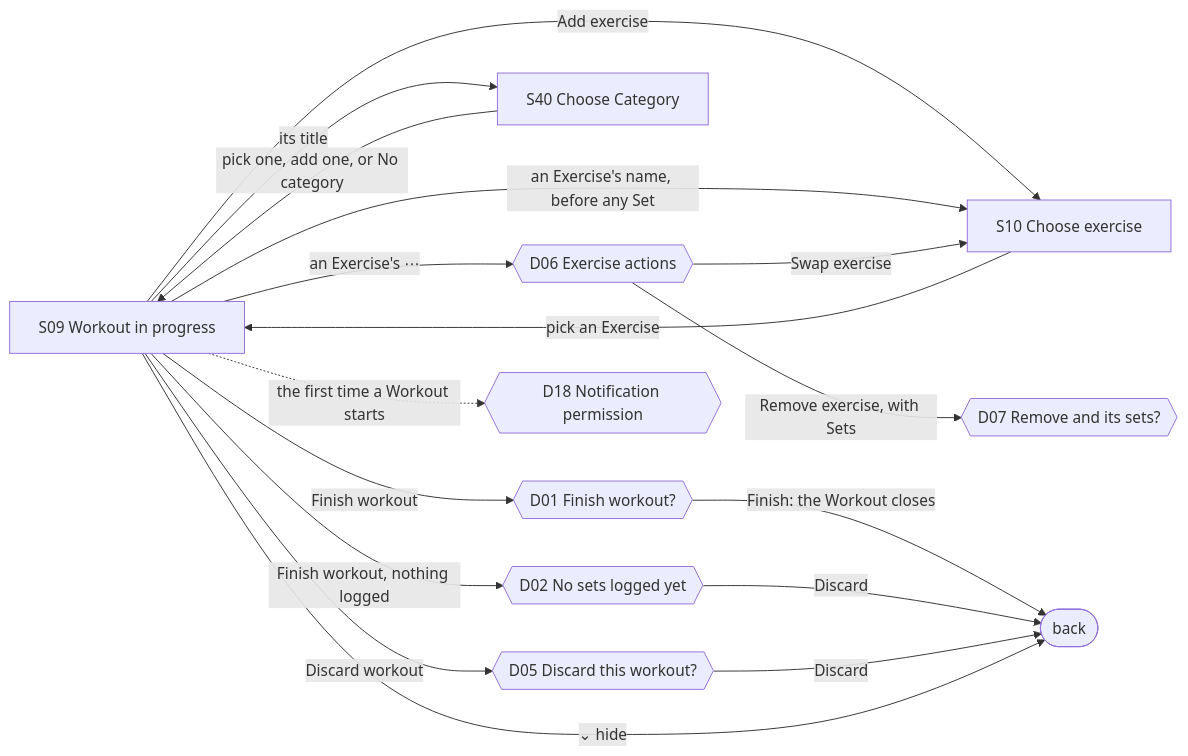
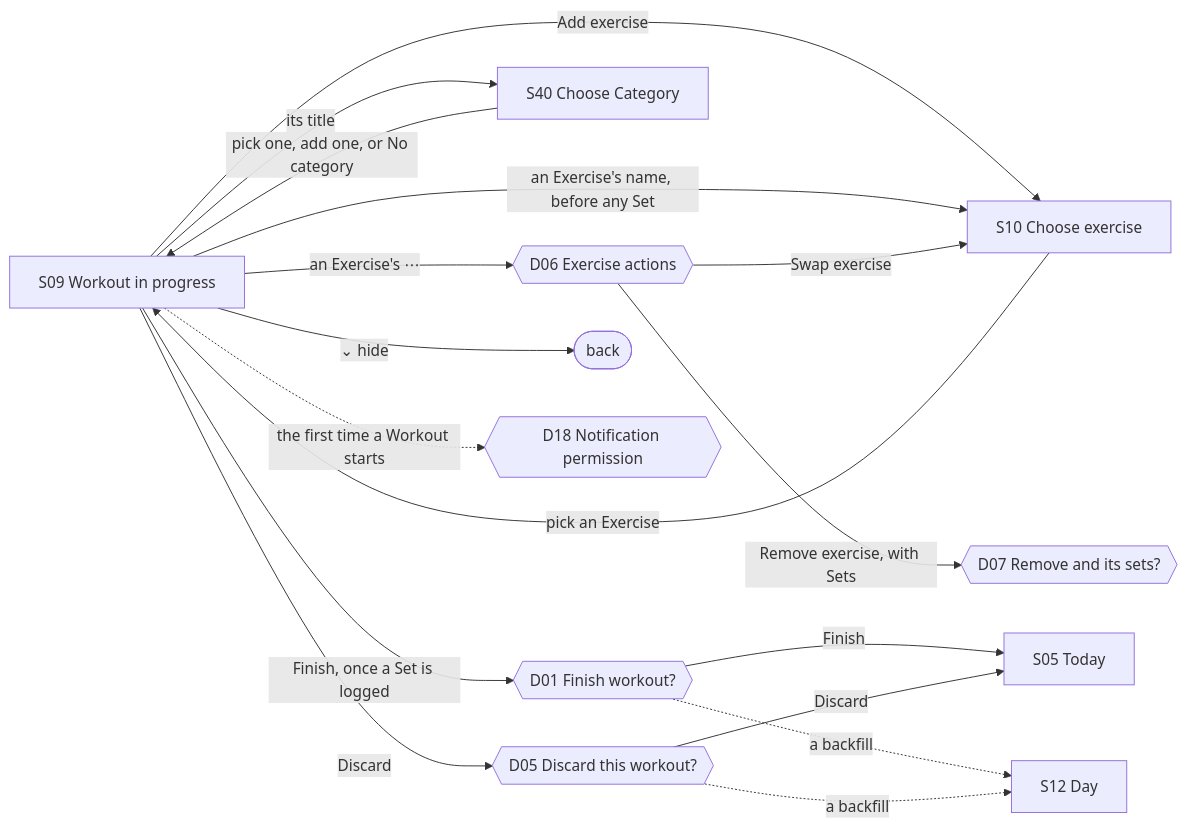
Before and after one commit to kwanlokto/greater-than-zero: the third of 9 diagrams in docs/user-flows.md, drawn with Mermaid. The commit also changed other lines of this file and 7 other files, not shown here.

First line of the commit message:
End a Workout on Today, from a header button that fits the moment

````diff
--- a/docs/user-flows.md
+++ b/docs/user-flows.md
@@ -121,19 +122,19 @@
 ```mermaid
 flowchart LR
   S09["S09 Workout in progress"] -->|Add exercise| S10["S10 Choose exercise"]
   S09 -->|an Exercise's name, before any Set| S10
   S09 -->|an Exercise's ⋯| D06{{"D06 Exercise actions"}}
   D06 -->|Swap exercise| S10
   D06 -->|Remove exercise, with Sets| D07{{"D07 Remove and its sets?"}}
   S10 -->|pick an Exercise| S09
   S09 -->|its title| S40["S40 Choose Category"]
   S40 -->|pick one, add one, or No category| S09
-  S09 -->|Finish workout| D01{{"D01 Finish workout?"}}
-  S09 -->|Finish workout, nothing logged| D02{{"D02 No sets logged yet"}}
-  S09 -->|Discard workout| D05{{"D05 Discard this workout?"}}
-  D01 -->|Finish: the Workout closes| back(["back"])
-  D02 -->|Discard| back
-  D05 -->|Discard| back
-  S09 -->|⌄ hide| back
+  S09 -->|Finish, once a Set is logged| D01{{"D01 Finish workout?"}}
+  S09 -->|Discard| D05{{"D05 Discard this workout?"}}
+  D01 -->|Finish| S05["S05 Today"]
+  D05 -->|Discard| S05
+  D01 -.->|a backfill| S12["S12 Day"]
+  D05 -.->|a backfill| S12
+  S09 -->|⌄ hide| back(["back"])
   S09 -.->|the first time a Workout starts| D18{{"D18 Notification permission"}}
 ```
````
